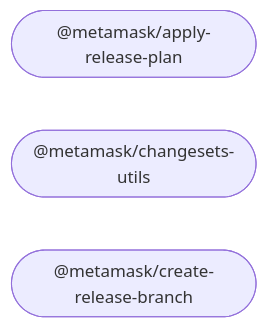
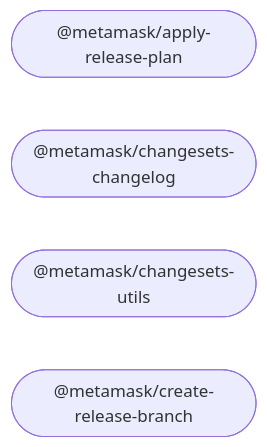
One commit to MetaMask/release-tools changed the diagram in README.md. Above: the diagram before and after it, drawn with Mermaid. The commit also changed other lines of this file and 18 other files, not shown here.

First line of the commit message:
chore: scaffold changesets-changelog package (#82)

````diff
--- a/README.md
+++ b/README.md
@@ -27,8 +28,9 @@
 ```mermaid
 %%{ init: { 'flowchart': { 'curve': 'bumpX' } } }%%
 graph LR;
 linkStyle default opacity:0.5
   apply_release_plan(["@metamask/apply-release-plan"]);
+  changesets_changelog(["@metamask/changesets-changelog"]);
   changesets_utils(["@metamask/changesets-utils"]);
   create_release_branch(["@metamask/create-release-branch"]);
 ```
````
